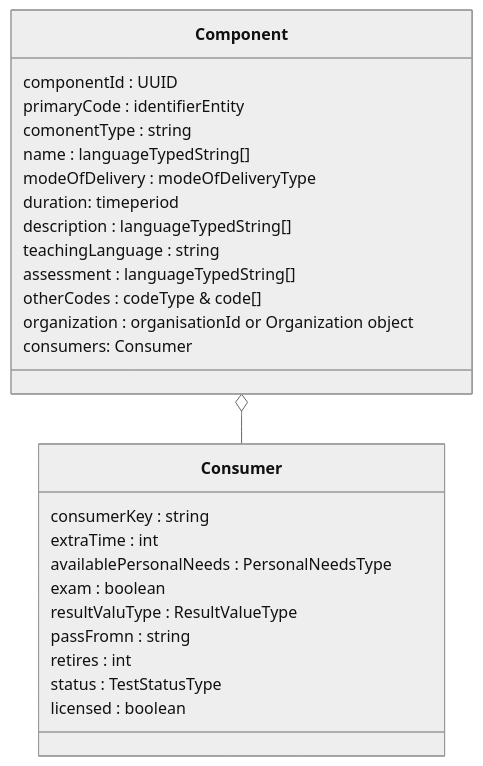
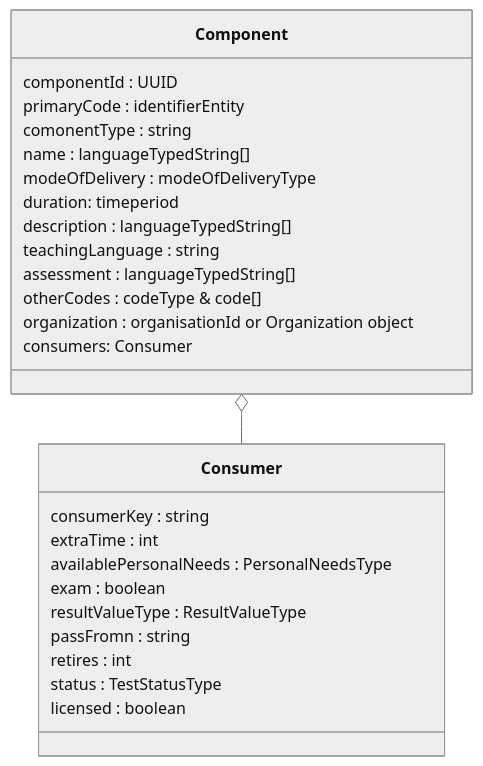
Before and after one commit to NetwerkExamineringDigitalisering/NED-OOAPI: the second of 3 diagrams in doc/flow0.md, drawn with Mermaid (neutral theme).

Commit message:
Update flow0.md
Corrected resultValuType

````diff
--- a/doc/flow0.md
+++ b/doc/flow0.md
@@ -21,29 +21,29 @@
 ```mermaid
 classDiagram
     class Component {
     	componentId : UUID
 	primaryCode : identifierEntity
 	comonentType : string
 	name : languageTypedString[]
 	modeOfDelivery : modeOfDeliveryType
     duration: timeperiod
 	description : languageTypedString[]
 	teachingLanguage : string
 	assessment : languageTypedString[]
 	otherCodes : codeType & code[]
 	organization : organisationId or Organization object
     consumers: Consumer
     }
     class Consumer {
     	consumerKey : string
 	extraTime : int
 	availablePersonalNeeds : PersonalNeedsType
 	exam : boolean
-	resultValuType : ResultValueType
+	resultValueType : ResultValueType
 	passFromn : string
 	retires : int
 	status : TestStatusType
 	licensed : boolean
     }
     Component o-- Consumer
 ```
````
